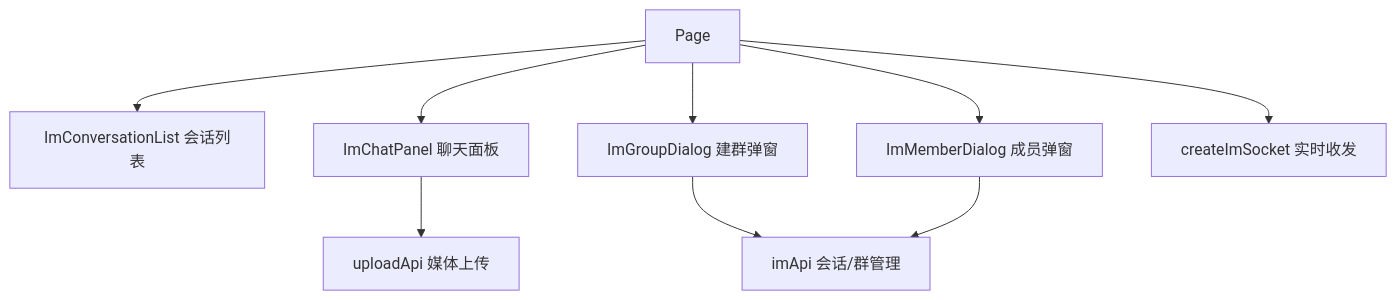
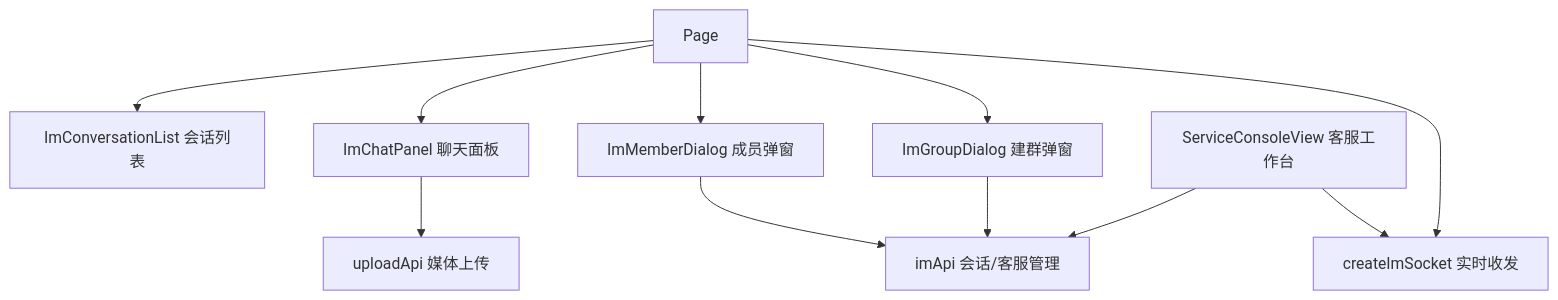
The fifth of 5 diagrams in docs/im.md (yiting001/E-sports-01), drawn with Mermaid before and after one commit. The commit also changed other lines of this file and 14 other files, not shown here.

````diff
--- a/docs/im.md
+++ b/docs/im.md
@@ -209,11 +210,13 @@
 ```mermaid
 flowchart TD
   Page --> List["ImConversationList 会话列表"]
   Page --> Chat["ImChatPanel 聊天面板"]
   Page --> GroupDialog["ImGroupDialog 建群弹窗"]
   Page --> MemberDialog["ImMemberDialog 成员弹窗"]
   Page --> Socket["createImSocket 实时收发"]
+  ServiceConsole["ServiceConsoleView 客服工作台"] --> Socket
   Chat --> UploadApi["uploadApi 媒体上传"]
-  GroupDialog --> ImApi["imApi 会话/群管理"]
+  ServiceConsole --> ImApi["imApi 会话/客服管理"]
+  GroupDialog --> ImApi
   MemberDialog --> ImApi
 ```
````
